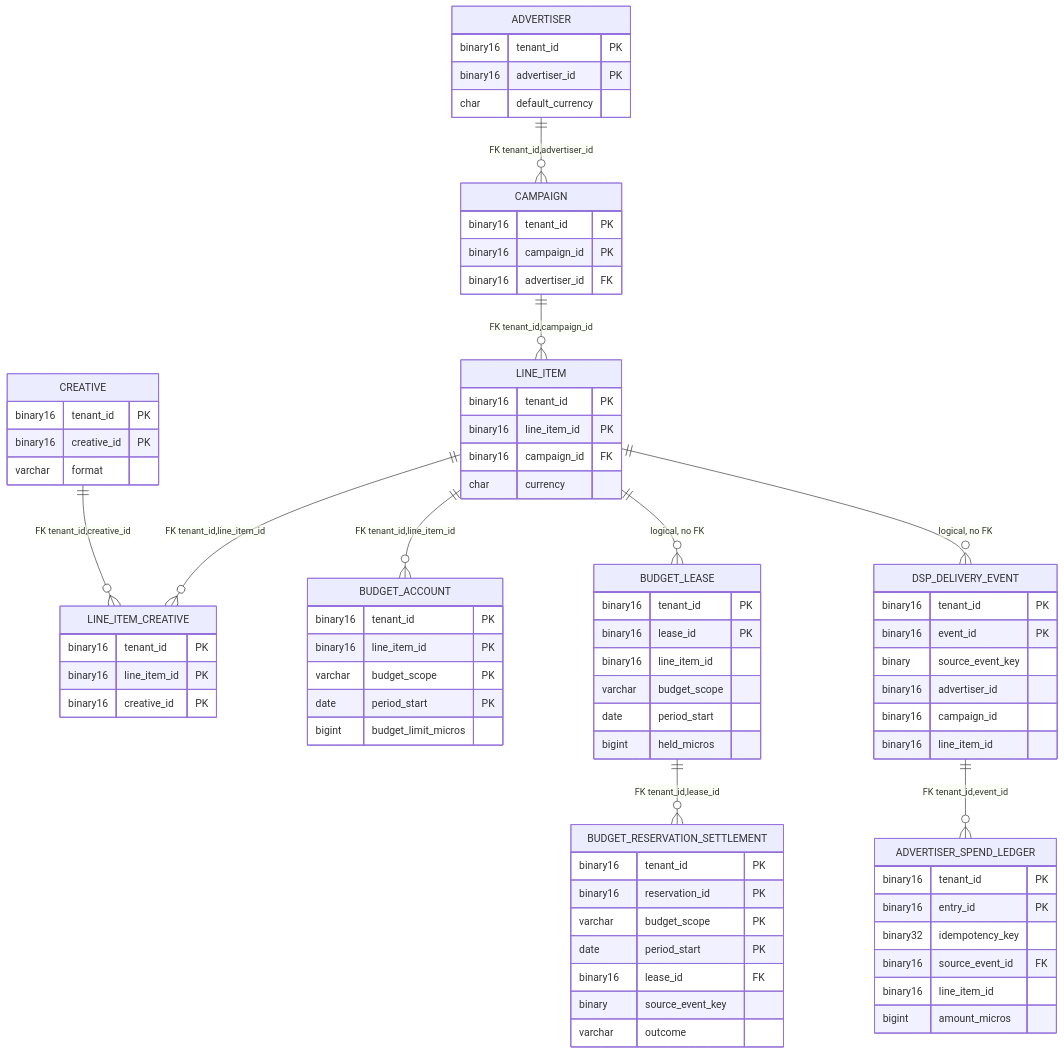
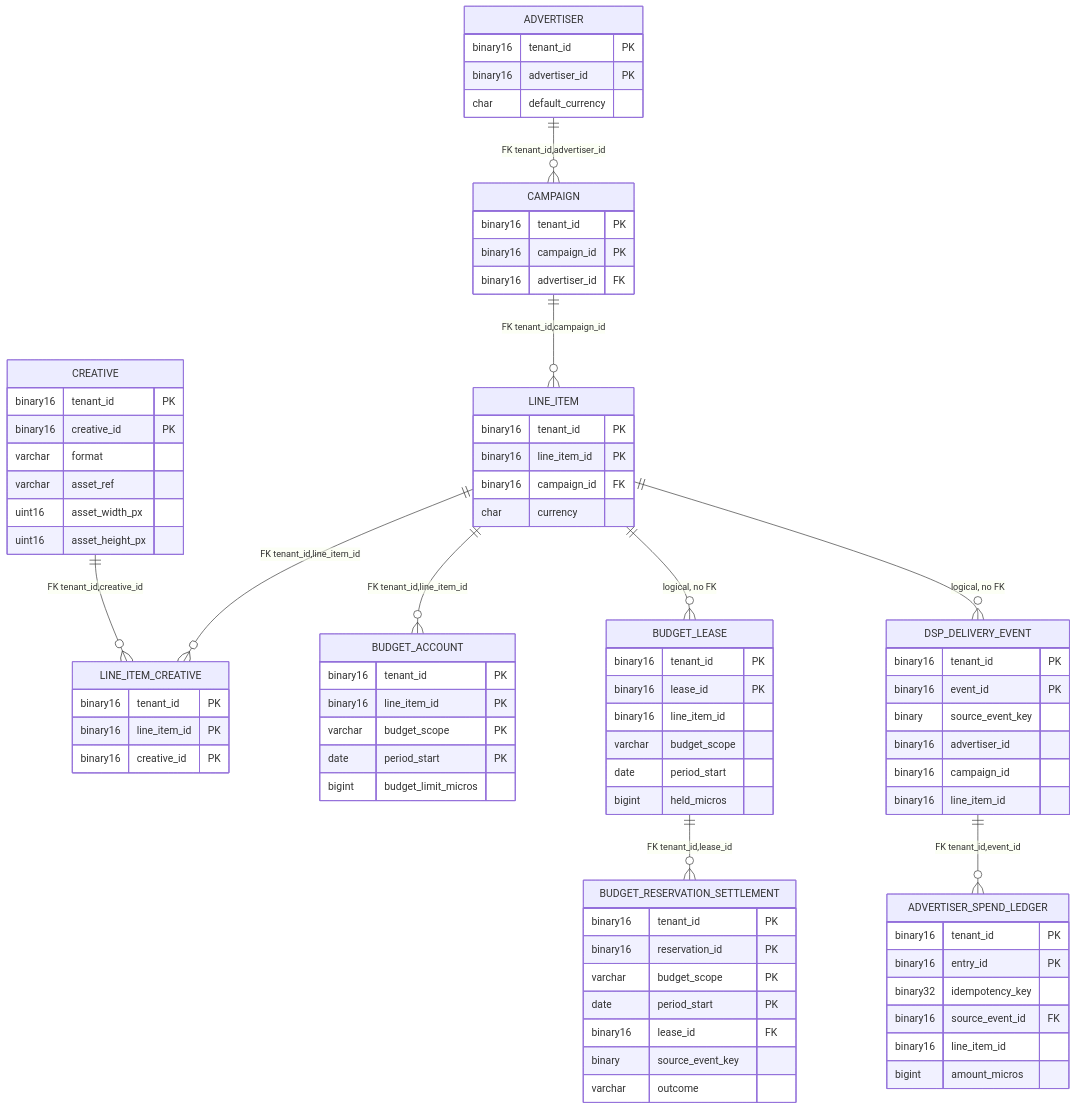
The second of 3 diagrams in docs/design/LLD.md (songfei1983/open-ads), drawn with Mermaid before and after one commit. The commit also changed other lines of this file and 3 other files, not shown here.

````diff
--- a/docs/design/LLD.md
+++ b/docs/design/LLD.md
@@ -116,79 +116,82 @@
 ```mermaid
 erDiagram
   ADVERTISER {
     binary16 tenant_id PK
     binary16 advertiser_id PK
     char default_currency
   }
   CAMPAIGN {
     binary16 tenant_id PK
     binary16 campaign_id PK
     binary16 advertiser_id FK
   }
   LINE_ITEM {
     binary16 tenant_id PK
     binary16 line_item_id PK
     binary16 campaign_id FK
     char currency
   }
   CREATIVE {
     binary16 tenant_id PK
     binary16 creative_id PK
     varchar format
+    varchar asset_ref
+    uint16 asset_width_px
+    uint16 asset_height_px
   }
   LINE_ITEM_CREATIVE {
     binary16 tenant_id PK
     binary16 line_item_id PK
     binary16 creative_id PK
   }
   BUDGET_ACCOUNT {
     binary16 tenant_id PK
     binary16 line_item_id PK
     varchar budget_scope PK
     date period_start PK
     bigint budget_limit_micros
   }
   BUDGET_LEASE {
     binary16 tenant_id PK
     binary16 lease_id PK
     binary16 line_item_id
     varchar budget_scope
     date period_start
     bigint held_micros
   }
   BUDGET_RESERVATION_SETTLEMENT {
     binary16 tenant_id PK
     binary16 reservation_id PK
     varchar budget_scope PK
     date period_start PK
     binary16 lease_id FK
     binary source_event_key
     varchar outcome
   }
   DSP_DELIVERY_EVENT {
     binary16 tenant_id PK
     binary16 event_id PK
     binary source_event_key
     binary16 advertiser_id
     binary16 campaign_id
     binary16 line_item_id
   }
   ADVERTISER_SPEND_LEDGER {
     binary16 tenant_id PK
     binary16 entry_id PK
     binary32 idempotency_key
     binary16 source_event_id FK
     binary16 line_item_id
     bigint amount_micros
   }
 
   ADVERTISER ||--o{ CAMPAIGN : "FK tenant_id,advertiser_id"
   CAMPAIGN ||--o{ LINE_ITEM : "FK tenant_id,campaign_id"
   LINE_ITEM ||--o{ LINE_ITEM_CREATIVE : "FK tenant_id,line_item_id"
   CREATIVE ||--o{ LINE_ITEM_CREATIVE : "FK tenant_id,creative_id"
   LINE_ITEM ||--o{ BUDGET_ACCOUNT : "FK tenant_id,line_item_id"
   BUDGET_LEASE ||--o{ BUDGET_RESERVATION_SETTLEMENT : "FK tenant_id,lease_id"
   LINE_ITEM ||--o{ BUDGET_LEASE : "logical, no FK"
   LINE_ITEM ||--o{ DSP_DELIVERY_EVENT : "logical, no FK"
   DSP_DELIVERY_EVENT ||--o{ ADVERTISER_SPEND_LEDGER : "FK tenant_id,event_id"
 ```
````
